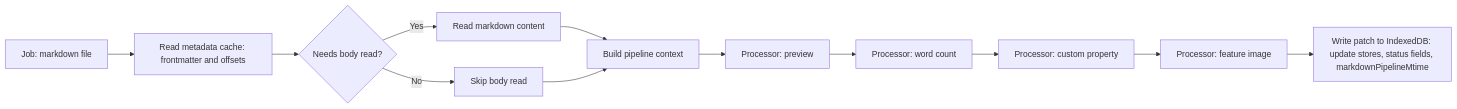
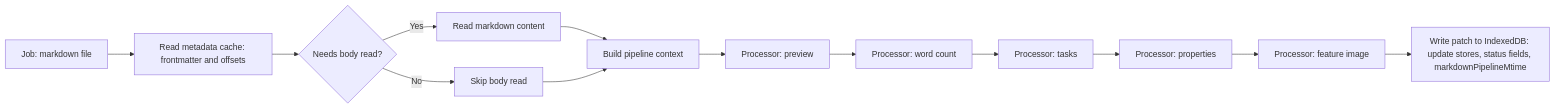
The third of 3 diagrams in docs/metadata-pipeline.md (vroablec/notebook-navigator), drawn with Mermaid before and after one commit. The commit also changed other lines of this file and 5 other files, not shown here.

````diff
--- a/docs/metadata-pipeline.md
+++ b/docs/metadata-pipeline.md
@@ -231,14 +234,15 @@
 ```mermaid
 flowchart LR
     A[Job: markdown file] --> B["Read metadata cache: frontmatter and offsets"]
     B --> C{Needs body read?}
     C -->|Yes| D[Read markdown content]
     C -->|No| E[Skip body read]
     D --> F[Build pipeline context]
     E --> F
     F --> P1[Processor: preview]
     P1 --> P2[Processor: word count]
-    P2 --> P3[Processor: custom property]
-    P3 --> P4[Processor: feature image]
-    P4 --> G["Write patch to IndexedDB: update stores, status fields, markdownPipelineMtime"]
+    P2 --> P3[Processor: tasks]
+    P3 --> P4[Processor: properties]
+    P4 --> P5[Processor: feature image]
+    P5 --> G["Write patch to IndexedDB: update stores, status fields, markdownPipelineMtime"]
 ```
````
